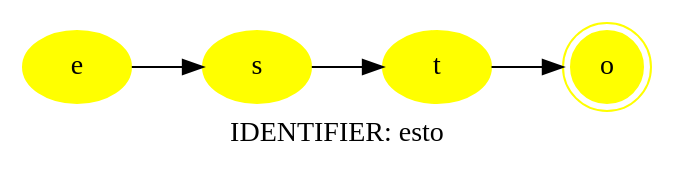
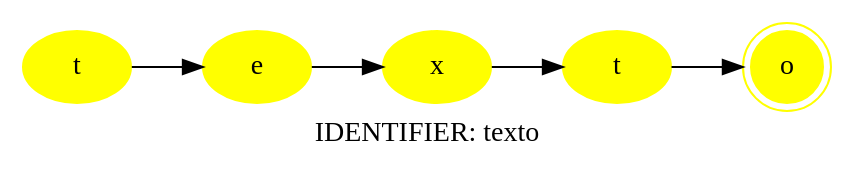
Before and after one commit to Jbrod5/lenguajes: the diagram in parser-py/Plots/1_toPlot.dot, drawn with Graphviz. The commit also changed 15 other files, not shown here.

```diff
--- a/parser-py/Plots/1_toPlot.dot
+++ b/parser-py/Plots/1_toPlot.dot
@@ -1,11 +1,13 @@
 digraph Plot{
    rankdir = LR;
-   label = "IDENTIFIER: esto";
-    n0[style = filled, color = yellow, label = "e"];
-    n1[style = filled, color = yellow, label = "s"];
-    n2[style = filled, color = yellow, label = "t"];
-    n3[style = filled, color = yellow, label = "o" ,shape = doublecircle];
+   label = "IDENTIFIER: texto";
+    n0[style = filled, color = yellow, label = "t"];
+    n1[style = filled, color = yellow, label = "e"];
+    n2[style = filled, color = yellow, label = "x"];
+    n3[style = filled, color = yellow, label = "t"];
+    n4[style = filled, color = yellow, label = "o" ,shape = doublecircle];
     n0 -> n1;
     n1 -> n2;
     n2 -> n3;
+    n3 -> n4;
 }
```
